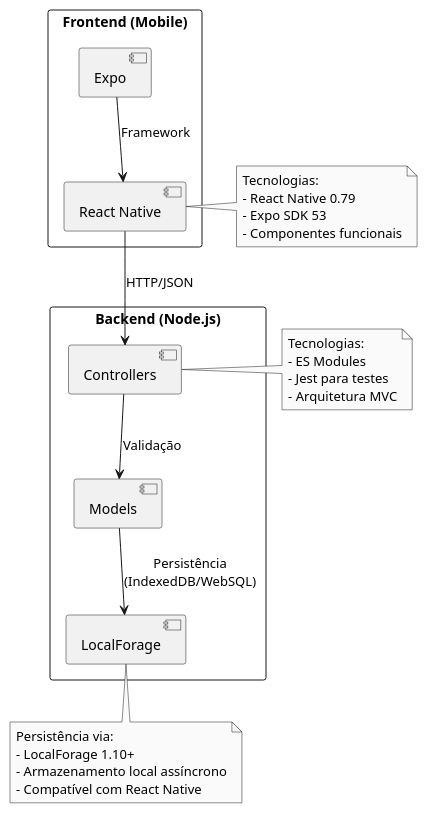
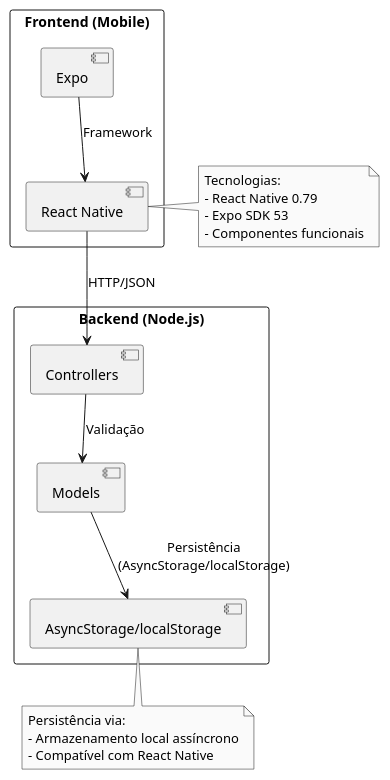
The diagram in diagramas/arquitetural.puml (fatec-project/lm-projeto-interdisciplinar-sem-5), drawn with PlantUML before and after one commit. The commit also changed 8 other files, not shown here.

Commit message:
Terminei todos os diagramas e arquivos

```diff
--- a/diagramas/arquitetural.puml
+++ b/diagramas/arquitetural.puml
@@ -1,43 +1,35 @@
 @startuml arquitetural
 skinparam monochrome true
 skinparam nodesep 50
 skinparam ranksep 50
 
 rectangle "Frontend (Mobile)" {
   [React Native] as react
   [Expo] as expo
 }
 
 rectangle "Backend (Node.js)" {
   [Controllers] as controllers
   [Models] as models
-  [LocalForage] as storage
+  [AsyncStorage/localStorage] as storage
 }
 
 react --> controllers : HTTP/JSON
 expo --> react : Framework
 
 controllers --> models : Validação
-models --> storage : Persistência\n(IndexedDB/WebSQL)
+models --> storage : Persistência\n(AsyncStorage/localStorage)
 
 note right of react
   Tecnologias:
   - React Native 0.79
   - Expo SDK 53
   - Componentes funcionais
 end note
 
-note left of controllers
-  Tecnologias:
-  - ES Modules
-  - Jest para testes
-  - Arquitetura MVC
-end note
-
 note bottom of storage
   Persistência via:
-  - LocalForage 1.10+
   - Armazenamento local assíncrono
   - Compatível com React Native
 end note
 @enduml
```
